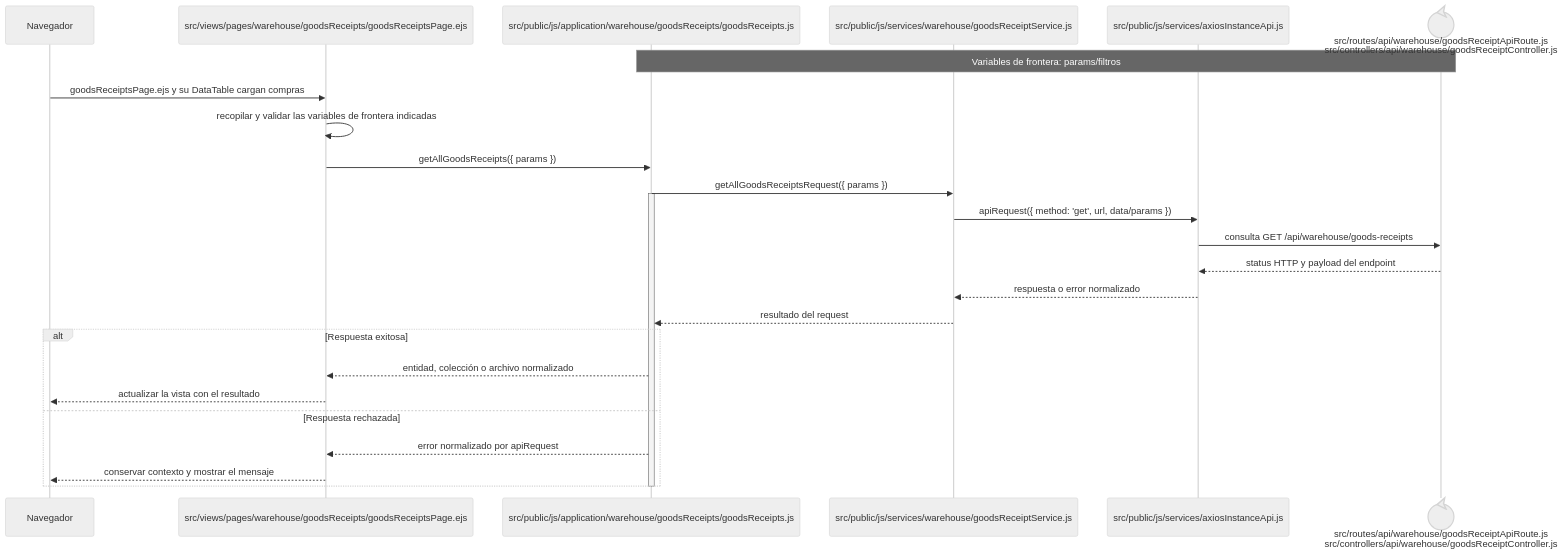
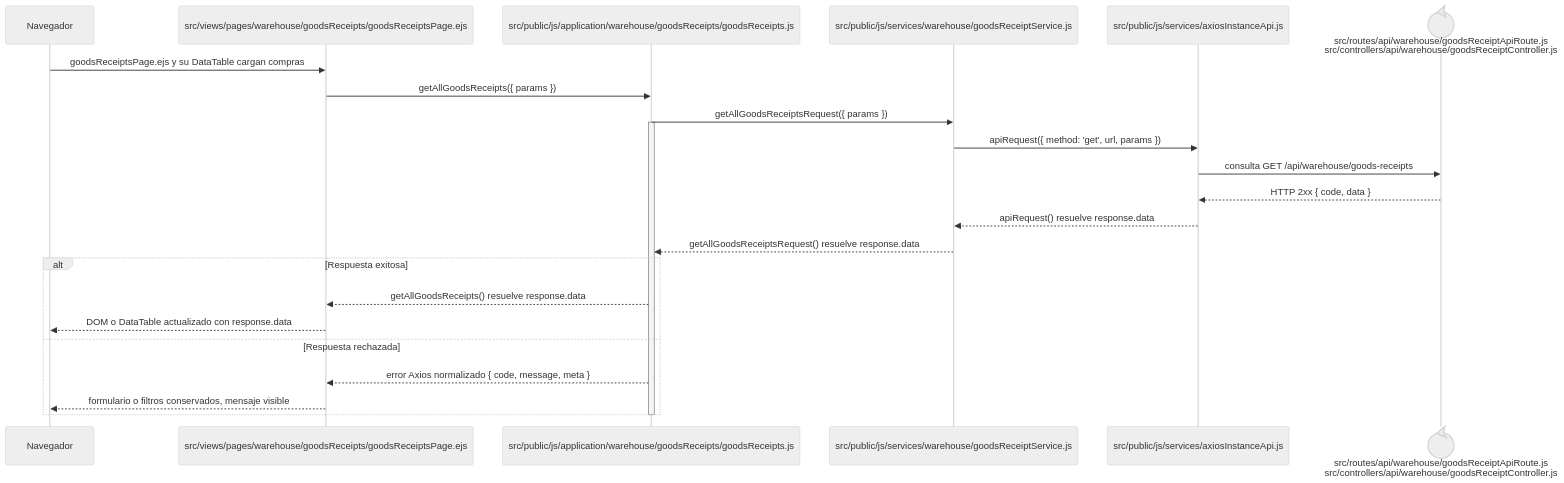
The diagram in docs/architecture/frontend-code-sequences/purchases/cu-ent-01.md (gpgsistemas01/nexus), drawn with Mermaid (neutral theme) before and after one commit. The commit also changed 148 other files, not shown here.

````diff
--- a/docs/architecture/frontend-code-sequences/purchases/cu-ent-01.md
+++ b/docs/architecture/frontend-code-sequences/purchases/cu-ent-01.md
@@ -6,29 +6,27 @@
 ```mermaid
 sequenceDiagram
     participant Browser as Navegador
     participant View as src/views/pages/warehouse/goodsReceipts/goodsReceiptsPage.ejs
     participant Application as src/public/js/application/warehouse/goodsReceipts/goodsReceipts.js
     participant Request as src/public/js/services/warehouse/goodsReceiptService.js
     participant HTTP as src/public/js/services/axiosInstanceApi.js
     participant Transport@{ "type": "control" } as src/routes/api/warehouse/goodsReceiptApiRoute.js<br/>src/controllers/api/warehouse/goodsReceiptController.js
-    Note over Application,Transport: Variables de frontera: params/filtros
 
     Browser->>View: goodsReceiptsPage.ejs y su DataTable cargan compras
-    View->>View: recopilar y validar las variables de frontera indicadas
     View->>Application: getAllGoodsReceipts({ params })
     Application->>Request: getAllGoodsReceiptsRequest({ params })
     activate Application
-    Request->>HTTP: apiRequest({ method: 'get', url, data/params })
+    Request->>HTTP: apiRequest({ method: 'get', url, params })
     HTTP->>Transport: consulta GET /api/warehouse/goods-receipts
-    Transport-->>HTTP: status HTTP y payload del endpoint
-    HTTP-->>Request: respuesta o error normalizado
-    Request-->>Application: resultado del request
+    Transport-->>HTTP: HTTP 2xx { code, data }
+    HTTP-->>Request: apiRequest() resuelve response.data
+    Request-->>Application: getAllGoodsReceiptsRequest() resuelve response.data
     alt Respuesta exitosa
-        Application-->>View: entidad, colección o archivo normalizado
-        View-->>Browser: actualizar la vista con el resultado
+        Application-->>View: getAllGoodsReceipts() resuelve response.data
+        View-->>Browser: DOM o DataTable actualizado con response.data
     else Respuesta rechazada
-        Application-->>View: error normalizado por apiRequest
-        View-->>Browser: conservar contexto y mostrar el mensaje
+        Application-->>View: error Axios normalizado { code, message, meta }
+        View-->>Browser: formulario o filtros conservados, mensaje visible
     end
     deactivate Application
 ```
````
